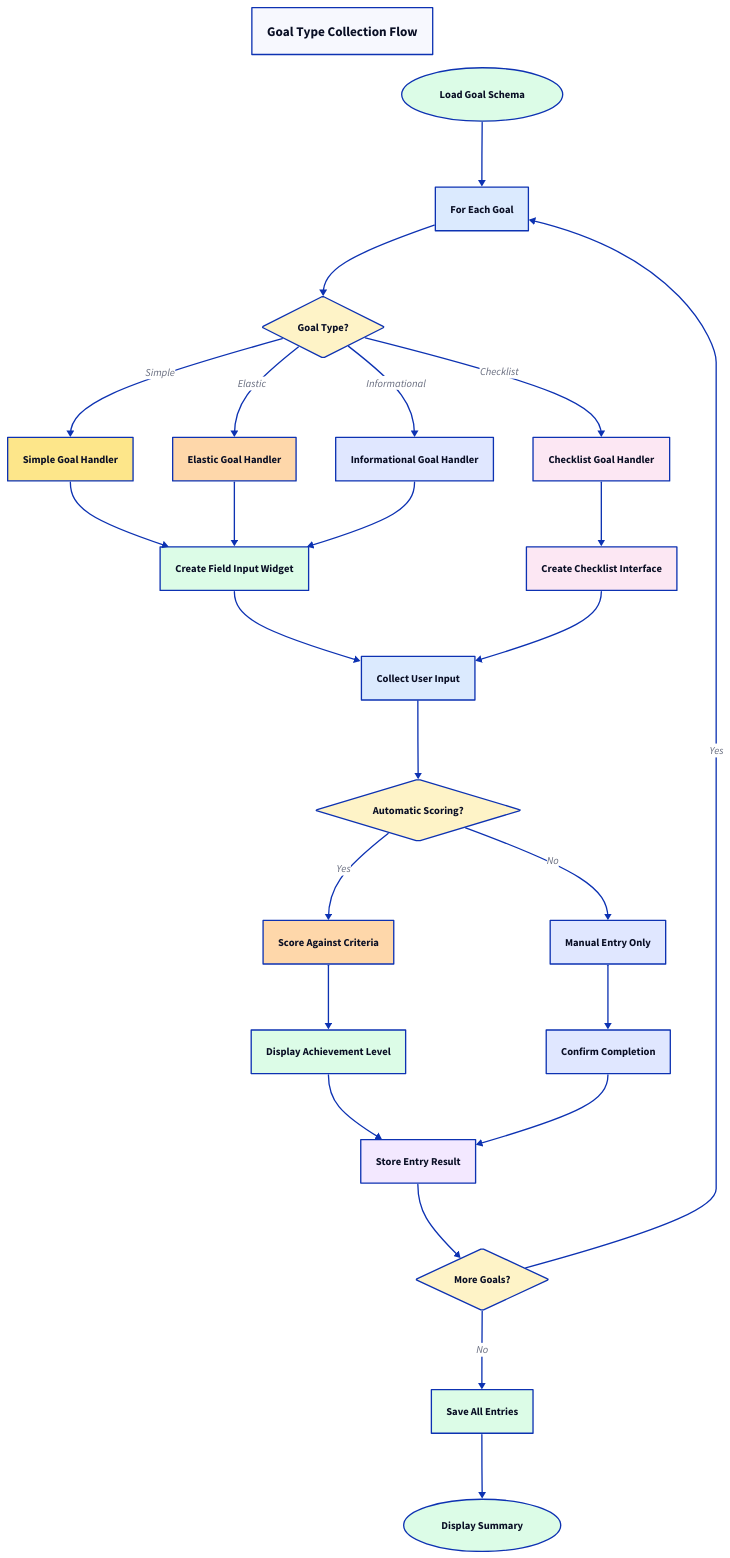
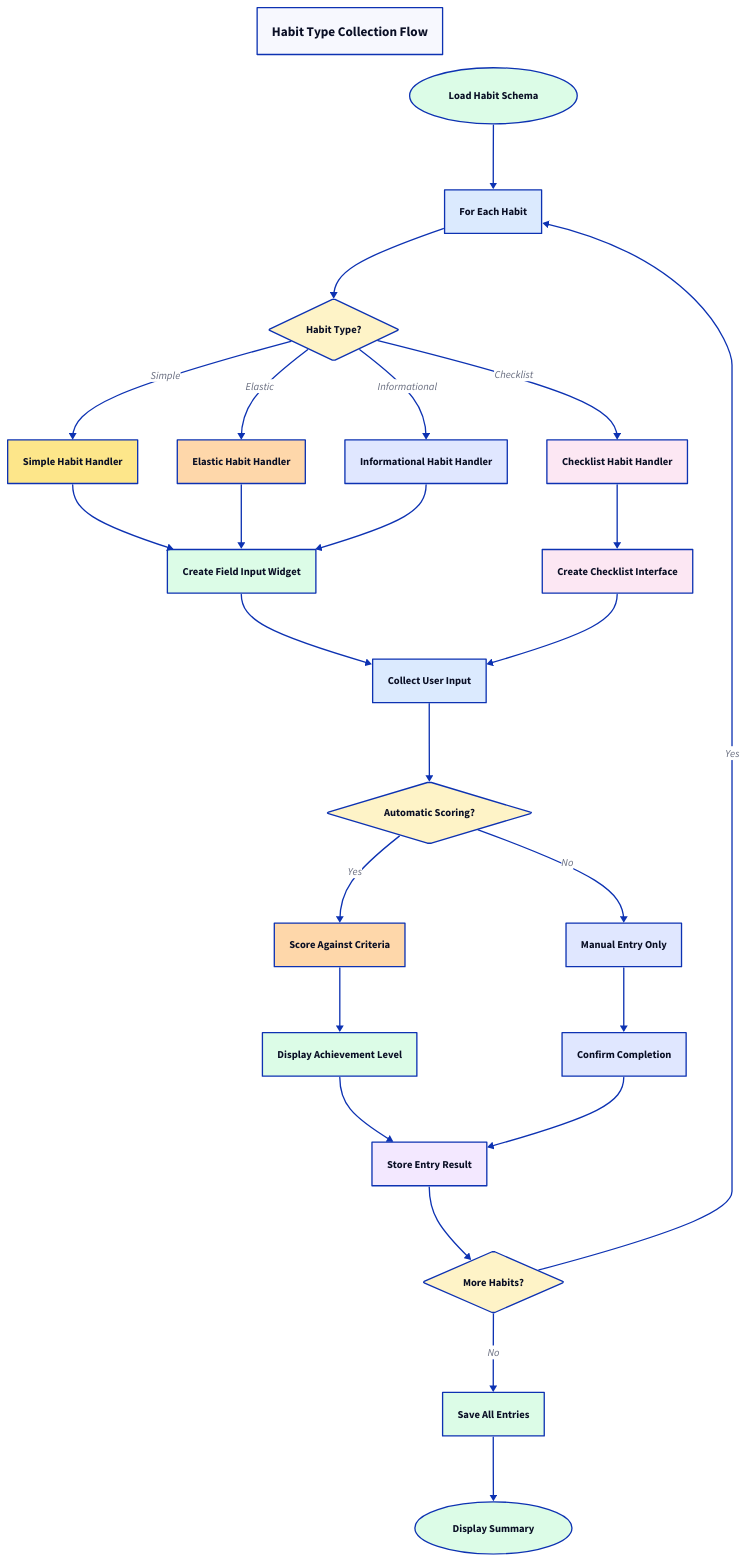
Before and after one commit to davidlee/iter: the diagram in doc/diagrams/habit_collection_flow.d2, drawn with D2. The commit also changed 66 other files, not shown here.

First line of the commit message:
refactor(T025)[2.2]: complete goal→habit content replacement using perl batch operations

```diff
--- a/doc/diagrams/habit_collection_flow.d2
+++ b/doc/diagrams/habit_collection_flow.d2
@@ -1,146 +1,146 @@
 direction: down
 
 title: {
-  label: Goal Type Collection Flow
+  label: Habit Type Collection Flow
   near: top-center
   style.font-size: 20
   style.bold: true
 }
 
 start: {
-  label: Load Goal Schema
+  label: Load Habit Schema
   shape: oval
   style.fill: "#dcfce7"
 }
 
 for_each: {
-  label: For Each Goal
+  label: For Each Habit
   style.fill: "#dbeafe"
 }
 
-goal_type_decision: {
-  label: Goal Type?
+habit_type_decision: {
+  label: Habit Type?
   shape: diamond
   style.fill: "#fef3c7"
 }
 
-# Goal Type Handlers
+# Habit Type Handlers
 simple_handler: {
-  label: Simple Goal Handler
+  label: Simple Habit Handler
   style.fill: "#fde68a"
 }
 
 elastic_handler: {
-  label: Elastic Goal Handler
+  label: Elastic Habit Handler
   style.fill: "#fed7aa"
 }
 
 info_handler: {
-  label: Informational Goal Handler
+  label: Informational Habit Handler
   style.fill: "#e0e7ff"
 }
 
 checklist_handler: {
-  label: Checklist Goal Handler
+  label: Checklist Habit Handler
   style.fill: "#fce7f3"
 }
 
 # Input Creation
 create_field_input: {
   label: Create Field Input Widget
   style.fill: "#dcfce7"
 }
 
 create_checklist: {
   label: Create Checklist Interface
   style.fill: "#fce7f3"
 }
 
 collect_input: {
   label: Collect User Input
   style.fill: "#dbeafe"
 }
 
 # Scoring Decision
 scoring_decision: {
   label: Automatic Scoring?
   shape: diamond
   style.fill: "#fef3c7"
 }
 
 score_criteria: {
   label: Score Against Criteria
   style.fill: "#fed7aa"
 }
 
 manual_entry: {
   label: Manual Entry Only
   style.fill: "#e0e7ff"
 }
 
 display_achievement: {
   label: Display Achievement Level
   style.fill: "#dcfce7"
 }
 
 confirm_completion: {
   label: Confirm Completion
   style.fill: "#e0e7ff"
 }
 
 store_entry: {
   label: Store Entry Result
   style.fill: "#f3e8ff"
 }
 
-more_goals: {
-  label: More Goals?
+more_habits: {
+  label: More Habits?
   shape: diamond
   style.fill: "#fef3c7"
 }
 
 save_entries: {
   label: Save All Entries
   style.fill: "#dcfce7"
 }
 
 display_summary: {
   label: Display Summary
   shape: oval
   style.fill: "#dcfce7"
 }
 
 # Flow connections
 start -> for_each
-for_each -> goal_type_decision
+for_each -> habit_type_decision
 
-goal_type_decision -> simple_handler: Simple
-goal_type_decision -> elastic_handler: Elastic
-goal_type_decision -> info_handler: Informational
-goal_type_decision -> checklist_handler: Checklist
+habit_type_decision -> simple_handler: Simple
+habit_type_decision -> elastic_handler: Elastic
+habit_type_decision -> info_handler: Informational
+habit_type_decision -> checklist_handler: Checklist
 
 simple_handler -> create_field_input
 elastic_handler -> create_field_input
 info_handler -> create_field_input
 checklist_handler -> create_checklist
 
 create_field_input -> collect_input
 create_checklist -> collect_input
 
 collect_input -> scoring_decision
 
 scoring_decision -> score_criteria: Yes
 scoring_decision -> manual_entry: No
 
 score_criteria -> display_achievement
 manual_entry -> confirm_completion
 
 display_achievement -> store_entry
 confirm_completion -> store_entry
 
-store_entry -> more_goals
+store_entry -> more_habits
 
-more_goals -> for_each: Yes
-more_goals -> save_entries: No
+more_habits -> for_each: Yes
+more_habits -> save_entries: No
 
 save_entries -> display_summary
```
